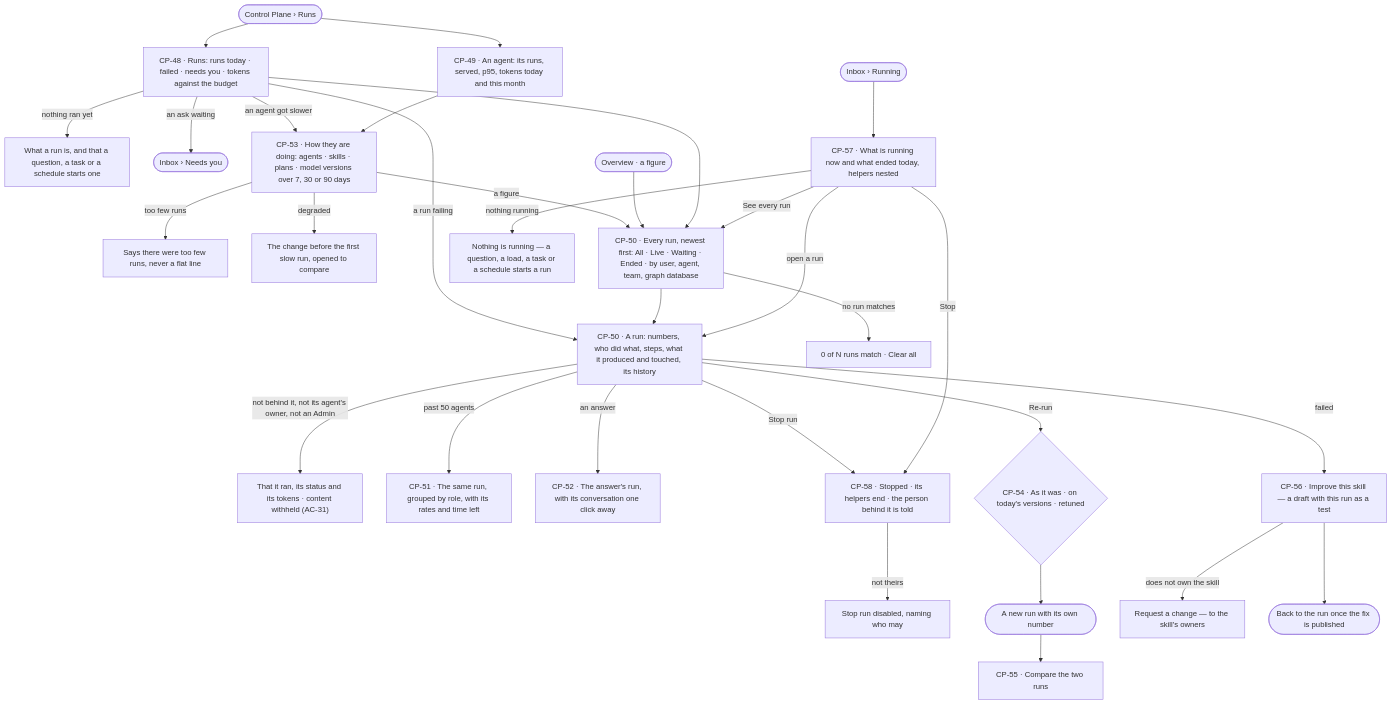
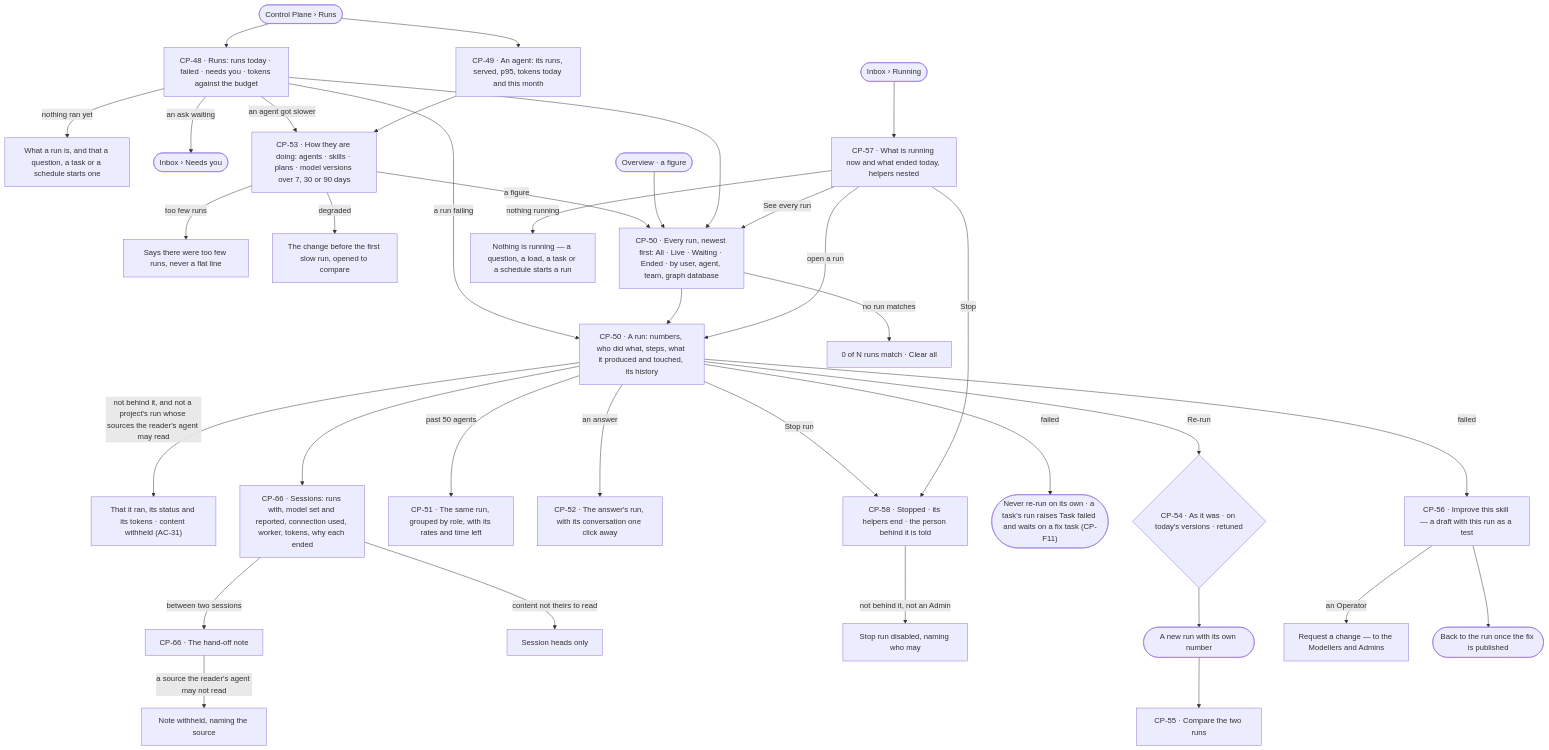
One commit to invana/invana changed the first of 4 diagrams in specs/os/control/features/CP-F10-runs-and-how-the-agents-are-doing/feature.md. Above: the diagram before and after it, drawn with Mermaid. The commit also changed other lines of this file and 300 other files, not shown here.

````diff
--- a/specs/os/control/features/CP-F10-runs-and-how-the-agents-are-doing/feature.md
+++ b/specs/os/control/features/CP-F10-runs-and-how-the-agents-are-doing/feature.md
@@ -27,33 +29,38 @@
 ```mermaid
 flowchart TD
   start([Control Plane › Runs]) --> dash["CP-48 · Runs: runs today · failed · needs you · tokens against the budget"]
   dash -->|nothing ran yet| empty["What a run is, and that a question, a task or a schedule starts one"]
   dash -->|a run failing| run
   dash -->|an ask waiting| inbox(["Inbox › Needs you"])
   dash -->|an agent got slower| perf
   start --> agent["CP-49 · An agent: its runs, served, p95, tokens today and this month"]
   agent --> perf["CP-53 · How they are doing: agents · skills · plans · model versions over 7, 30 or 90 days"]
   perf -->|too few runs| few["Says there were too few runs, never a flat line"]
   perf -->|degraded| change["The change before the first slow run, opened to compare"]
   perf -->|a figure| list
   ov([Overview · a figure]) --> list
   dash --> list["CP-50 · Every run, newest first: All · Live · Waiting · Ended · by user, agent, team, graph database"]
   list -->|no run matches| none["0 of N runs match · Clear all"]
   list --> run["CP-50 · A run: numbers, who did what, steps, what it produced and touched, its history"]
-  run -->|not behind it, not its agent's owner, not an Admin| wh["That it ran, its status and its tokens · content withheld (AC-31)"]
+  run -->|not behind it, and not a project's run whose sources the reader's agent may read| wh["That it ran, its status and its tokens · content withheld (AC-31)"]
+  run --> ses["CP-66 · Sessions: runs with, model set and reported, connection used, worker, tokens, why each ended"]
+  ses -->|between two sessions| note["CP-66 · The hand-off note"]
+  note -->|a source the reader's agent may not read| nw["Note withheld, naming the source"]
+  ses -->|content not theirs to read| sh["Session heads only"]
   run -->|past 50 agents| big["CP-51 · The same run, grouped by role, with its rates and time left"]
   run -->|an answer| ans["CP-52 · The answer's run, with its conversation one click away"]
   run -->|Stop run| stop["CP-58 · Stopped · its helpers end · the person behind it is told"]
-  stop -->|not theirs| sr["Stop run disabled, naming who may"]
+  stop -->|not behind it, not an Admin| sr["Stop run disabled, naming who may"]
+  run -->|failed| fx(["Never re-run on its own · a task's run raises Task failed and waits on a fix task (CP-F11)"])
   run -->|Re-run| rr{"CP-54 · As it was · on today's versions · retuned"}
   rr --> newrun(["A new run with its own number"])
   newrun --> cmp["CP-55 · Compare the two runs"]
   run -->|failed| imp["CP-56 · Improve this skill — a draft with this run as a test"]
-  imp -->|does not own the skill| req["Request a change — to the skill's owners"]
+  imp -->|an Operator| req["Request a change — to the Modellers and Admins"]
   imp --> back(["Back to the run once the fix is published"])
   inb([Inbox › Running]) --> r57["CP-57 · What is running now and what ended today, helpers nested"]
   r57 -->|nothing running| e57["Nothing is running — a question, a load, a task or a schedule starts a run"]
   r57 -->|Stop| stop
   r57 -->|open a run| run
   r57 -->|See every run| list
 ```
````
